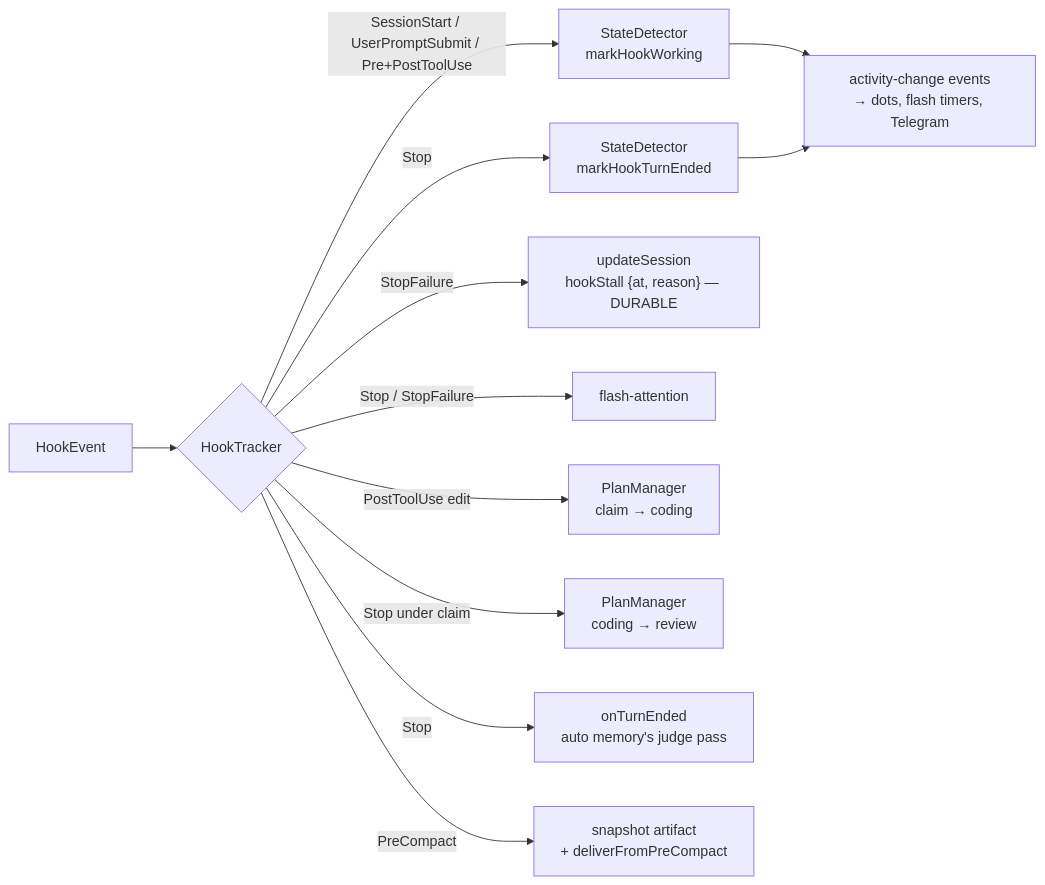
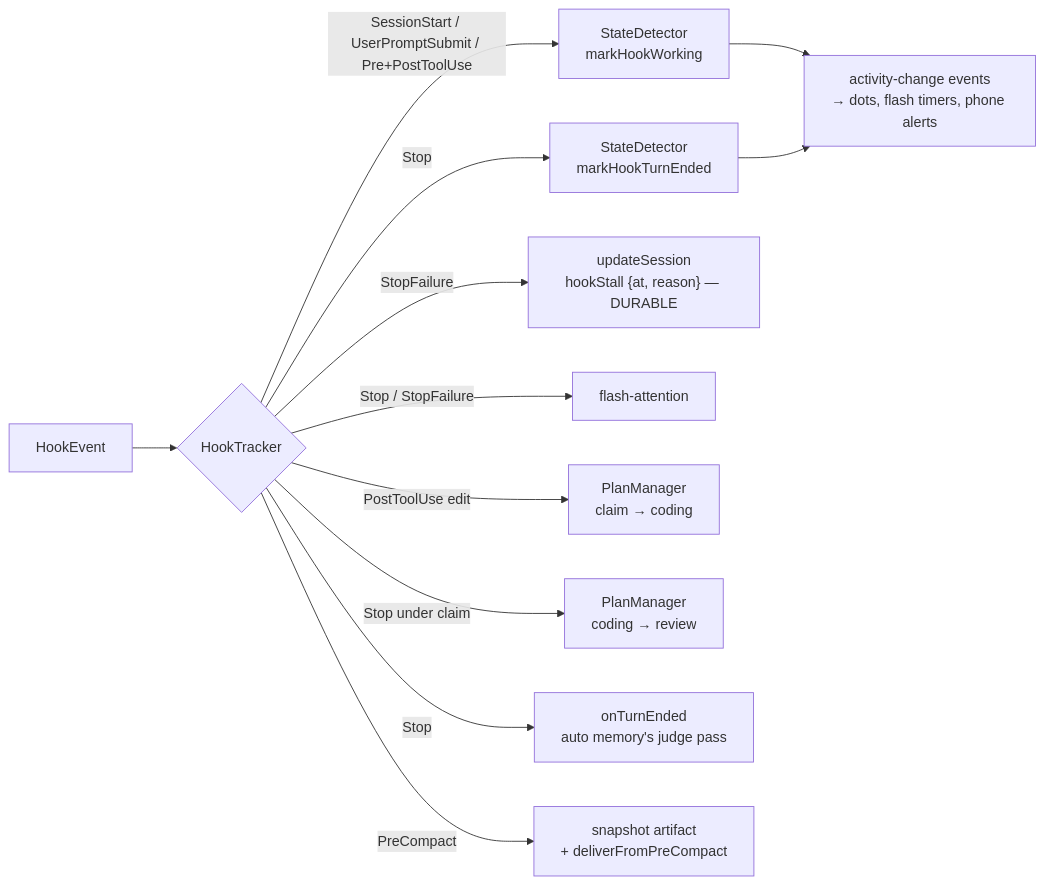
One commit to PetePeter/helm changed the fourth of 7 diagrams in docs/cli-hooks.md. Above: the diagram before and after it, drawn with Mermaid. The commit also changed other lines of this file and 108 other files, not shown here.

First line of the commit message:
refactor(telegram): delete Telegram source, settings tab and config schema with migration (P-1186)

````diff
--- a/docs/cli-hooks.md
+++ b/docs/cli-hooks.md
@@ -200,14 +200,14 @@
 ```mermaid
 flowchart LR
     R[HookEvent] --> T{HookTracker}
     T -->|SessionStart / UserPromptSubmit / Pre+PostToolUse| W["StateDetector<br/>markHookWorking"]
     T -->|Stop| E["StateDetector<br/>markHookTurnEnded"]
-    W --> A[activity-change events<br/>→ dots, flash timers, Telegram]
+    W --> A[activity-change events<br/>→ dots, flash timers, phone alerts]
     E --> A
     T -->|StopFailure| S["updateSession<br/>hookStall {at, reason} — DURABLE"]
     T -->|Stop / StopFailure| F[flash-attention]
     T -->|PostToolUse edit| P["PlanManager<br/>claim → coding"]
     T -->|Stop under claim| P2["PlanManager<br/>coding → review"]
     T -->|Stop| M["onTurnEnded<br/>auto memory's judge pass"]
     T -->|PreCompact| C["snapshot artifact<br/>+ deliverFromPreCompact"]
 ```
````
